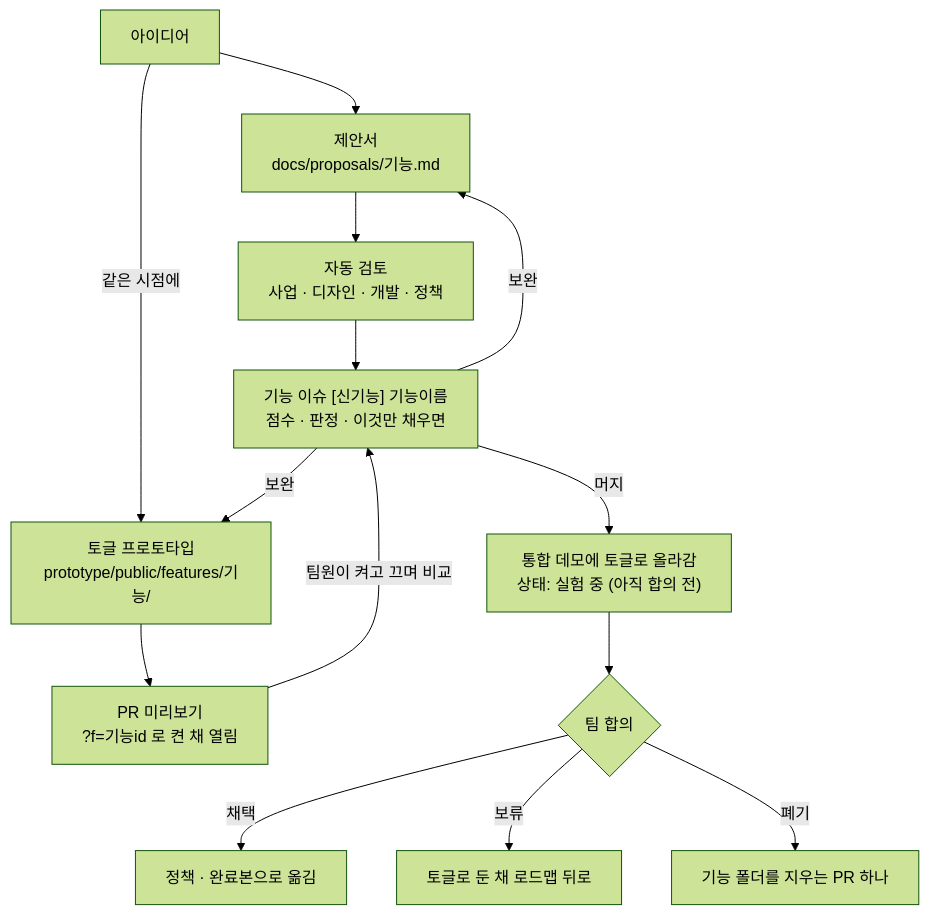
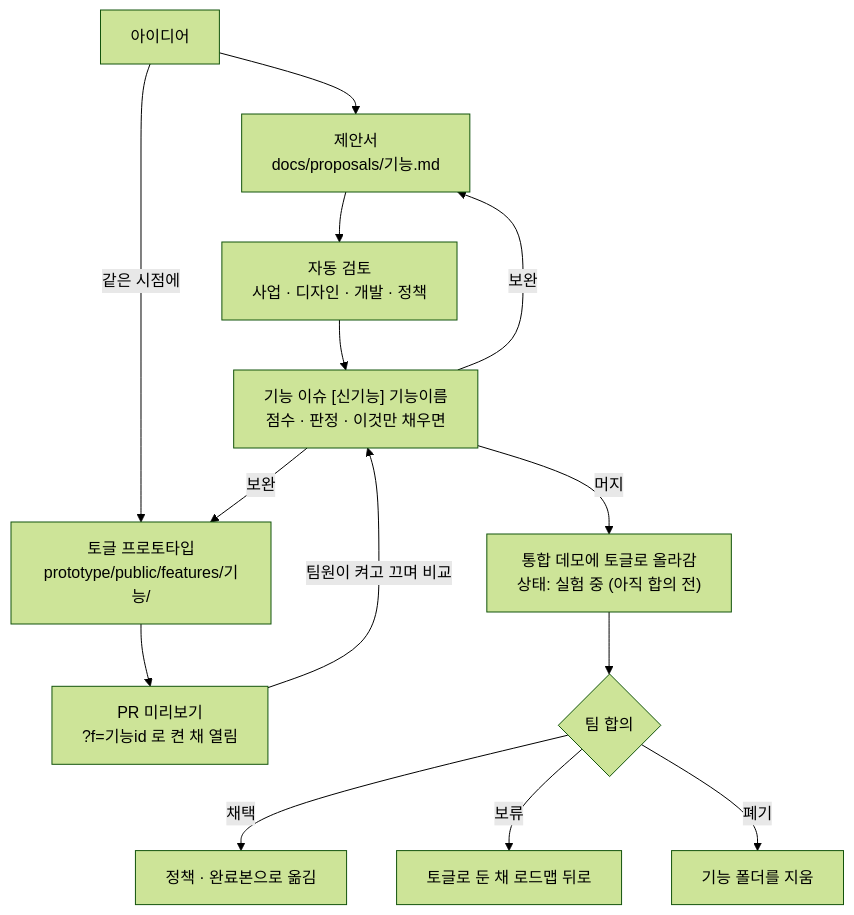
The diagram in README.md (jincode93/DANGJANG), drawn with Mermaid (forest theme) before and after one commit. The commit also changed other lines of this file, not shown here.

````diff
--- a/README.md
+++ b/README.md
@@ -90,16 +39,16 @@
 ```mermaid
 flowchart TD
   A["아이디어"] --> B1["제안서<br>docs/proposals/기능.md"]
   A -->|같은 시점에| B2["토글 프로토타입<br>prototype/public/features/기능/"]
   B1 --> C["자동 검토<br>사업 · 디자인 · 개발 · 정책"]
   B2 --> P["PR 미리보기<br>?f=기능id 로 켠 채 열림"]
   C --> E["기능 이슈 [신기능] 기능이름<br>점수 · 판정 · 이것만 채우면"]
   P -->|팀원이 켜고 끄며 비교| E
   E -->|보완| B1
   E -->|보완| B2
   E -->|머지| F["통합 데모에 토글로 올라감<br>상태: 실험 중 (아직 합의 전)"]
   F --> G{"팀 합의"}
   G -->|채택| I["정책 · 완료본으로 옮김"]
   G -->|보류| K["토글로 둔 채 로드맵 뒤로"]
-  G -->|폐기| J["기능 폴더를 지우는 PR 하나"]
+  G -->|폐기| J["기능 폴더를 지움"]
 ```
````
